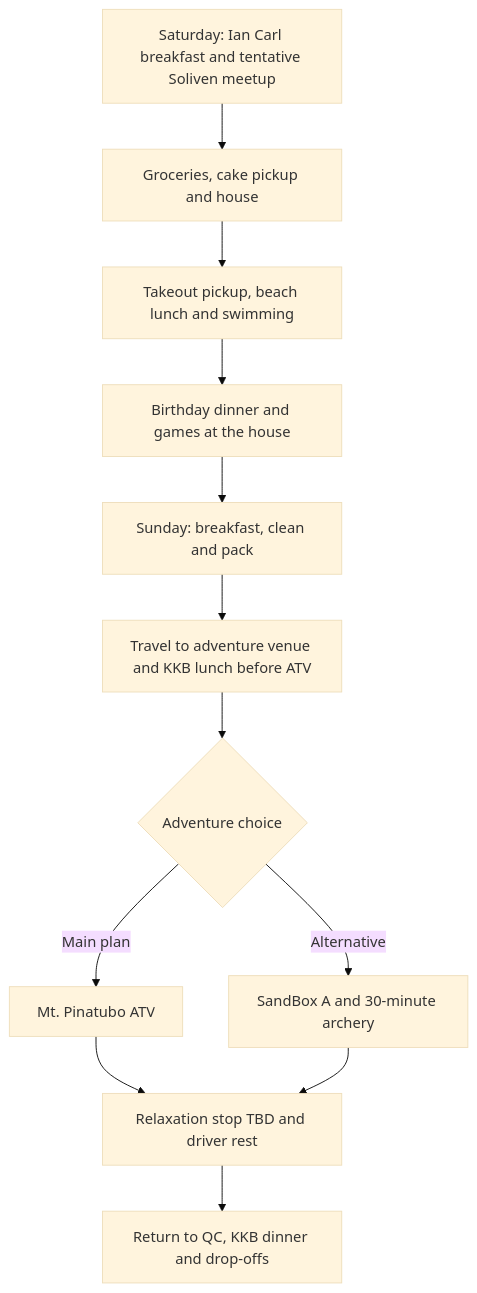
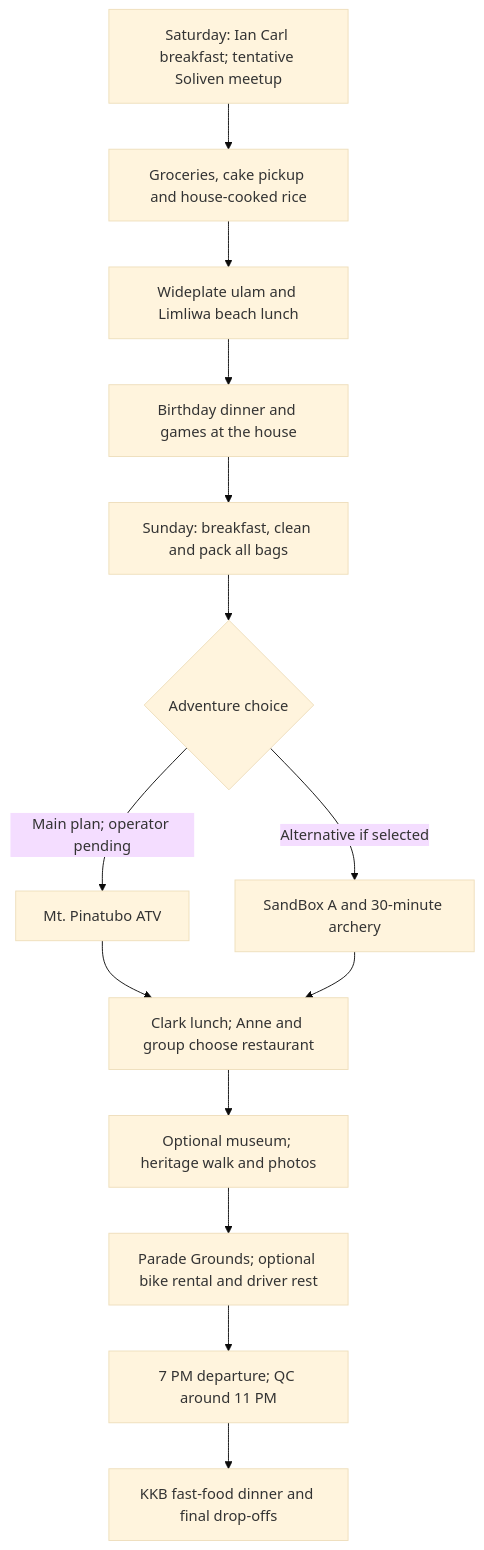
Before and after one commit to itsmcliam/Birthday-Plan: the diagram in assets/trip-flow.mmd, drawn with Mermaid (base theme). The commit also changed 5 other files, not shown here.

Commit message:
Plan ATV before Clark Parade Grounds lunch, walking and optional museum and bikes

```diff
--- a/assets/trip-flow.mmd
+++ b/assets/trip-flow.mmd
@@ -1,12 +1,14 @@
 flowchart TD
-    A["Saturday: Ian Carl breakfast and tentative Soliven meetup"] --> B["Groceries, cake pickup and house"]
-    B --> C["Takeout pickup, beach lunch and swimming"]
+    A["Saturday: Ian Carl breakfast; tentative Soliven meetup"] --> B["Groceries, cake pickup and house-cooked rice"]
+    B --> C["Wideplate ulam and Limliwa beach lunch"]
     C --> D["Birthday dinner and games at the house"]
-    D --> E["Sunday: breakfast, clean and pack"]
-    E --> F["Travel to adventure venue and KKB lunch before ATV"]
-    F --> G{"Adventure choice"}
-    G -->|"Main plan"| H["Mt. Pinatubo ATV"]
-    G -->|"Alternative"| I["SandBox A and 30-minute archery"]
-    H --> J["Relaxation stop TBD and driver rest"]
-    I --> J
-    J --> K["Return to QC, KKB dinner and drop-offs"]
+    D --> E["Sunday: breakfast, clean and pack all bags"]
+    E --> F{"Adventure choice"}
+    F -->|"Main plan; operator pending"| G["Mt. Pinatubo ATV"]
+    F -->|"Alternative if selected"| H["SandBox A and 30-minute archery"]
+    G --> I["Clark lunch; Anne and group choose restaurant"]
+    H --> I
+    I --> J["Optional museum; heritage walk and photos"]
+    J --> K["Parade Grounds; optional bike rental and driver rest"]
+    K --> L["7 PM departure; QC around 11 PM"]
+    L --> M["KKB fast-food dinner and final drop-offs"]
```
